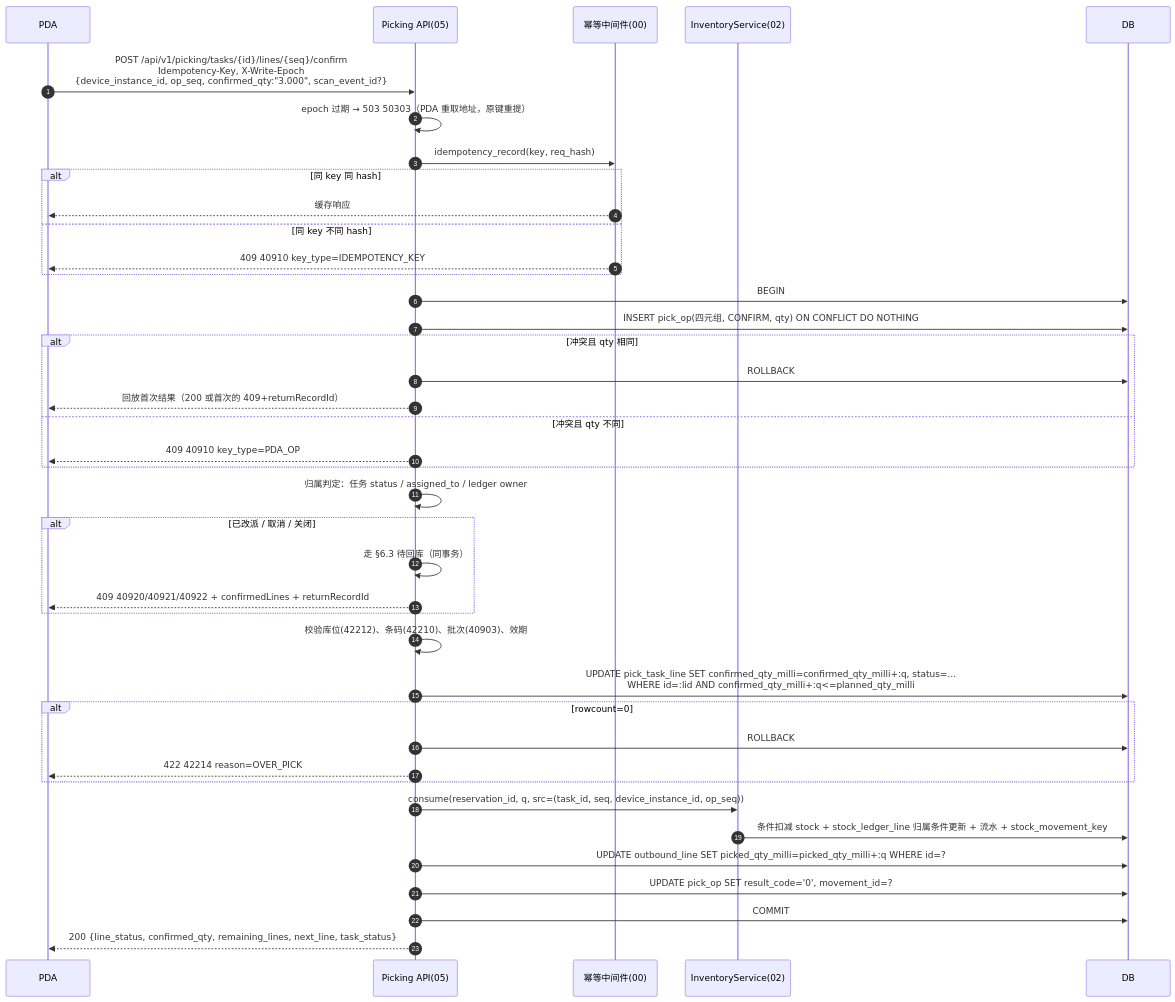
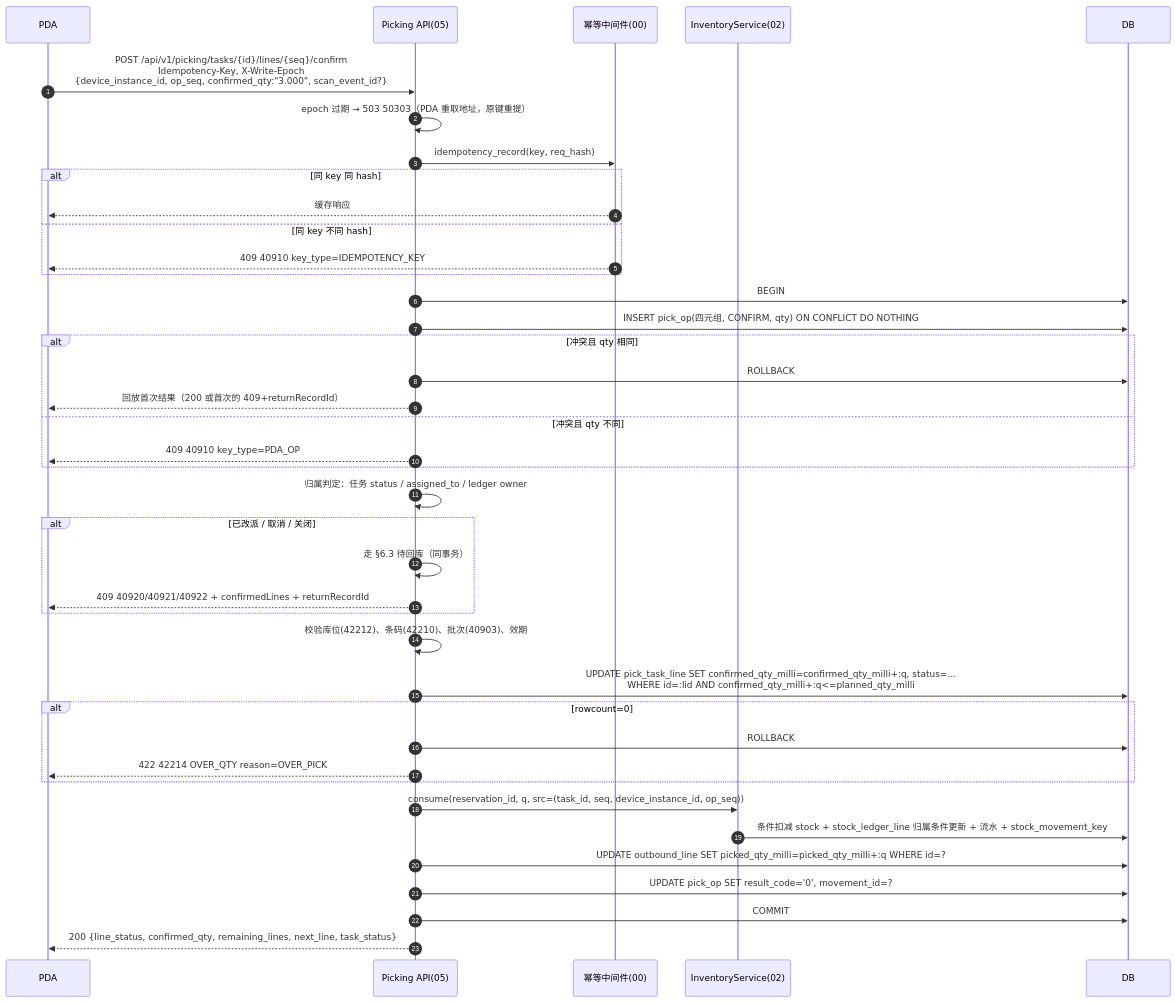
Before and after one commit to Akarin7784/fresh-wms: the fourth of 7 diagrams in docs/05-波次与拣货.md, drawn with Mermaid. The commit also changed other lines of this file and 4 other files, not shown here.

Commit message:
docs(05)+schema: return_record/pick_op, wave/pick_task CHECKs, CLOSED, holder/handover cols, wave.version; §12 Q1-Q6,Q11-Q14 resolved

````diff
--- a/docs/05-波次与拣货.md
+++ b/docs/05-波次与拣货.md
@@ -284,42 +286,42 @@
 ```mermaid
 sequenceDiagram
   autonumber
   participant PDA
   participant API as Picking API(05)
   participant IDEM as 幂等中间件(00)
   participant INV as InventoryService(02)
   participant DB
   PDA->>API: POST /api/v1/picking/tasks/{id}/lines/{seq}/confirm<br/>Idempotency-Key, X-Write-Epoch<br/>{device_instance_id, op_seq, confirmed_qty:"3.000", scan_event_id?}
   API->>API: epoch 过期 → 503 50303（PDA 重取地址，原键重提）
   API->>IDEM: idempotency_record(key, req_hash)
   alt 同 key 同 hash
     IDEM-->>PDA: 缓存响应
   else 同 key 不同 hash
     IDEM-->>PDA: 409 40910 key_type=IDEMPOTENCY_KEY
   end
   API->>DB: BEGIN
   API->>DB: INSERT pick_op(四元组, CONFIRM, qty) ON CONFLICT DO NOTHING
   alt 冲突且 qty 相同
     API->>DB: ROLLBACK
     API-->>PDA: 回放首次结果（200 或首次的 409+returnRecordId）
   else 冲突且 qty 不同
     API-->>PDA: 409 40910 key_type=PDA_OP
   end
   API->>API: 归属判定：任务 status / assigned_to / ledger owner
   alt 已改派 / 取消 / 关闭
     API->>API: 走 §6.3 待回库（同事务）
     API-->>PDA: 409 40920/40921/40922 + confirmedLines + returnRecordId
   end
   API->>API: 校验库位(42212)、条码(42210)、批次(40903)、效期
   API->>DB: UPDATE pick_task_line SET confirmed_qty_milli=confirmed_qty_milli+:q, status=…<br/>WHERE id=:lid AND confirmed_qty_milli+:q<=planned_qty_milli
   alt rowcount=0
     API->>DB: ROLLBACK
-    API-->>PDA: 422 42214 reason=OVER_PICK
+    API-->>PDA: 422 42214 OVER_QTY reason=OVER_PICK
   end
   API->>INV: consume(reservation_id, q, src=(task_id, seq, device_instance_id, op_seq))
   INV->>DB: 条件扣减 stock + stock_ledger_line 归属条件更新 + 流水 + stock_movement_key
   API->>DB: UPDATE outbound_line SET picked_qty_milli=picked_qty_milli+:q WHERE id=?
   API->>DB: UPDATE pick_op SET result_code='0', movement_id=?
   API->>DB: COMMIT
   API-->>PDA: 200 {line_status, confirmed_qty, remaining_lines, next_line, task_status}
 ```
````
